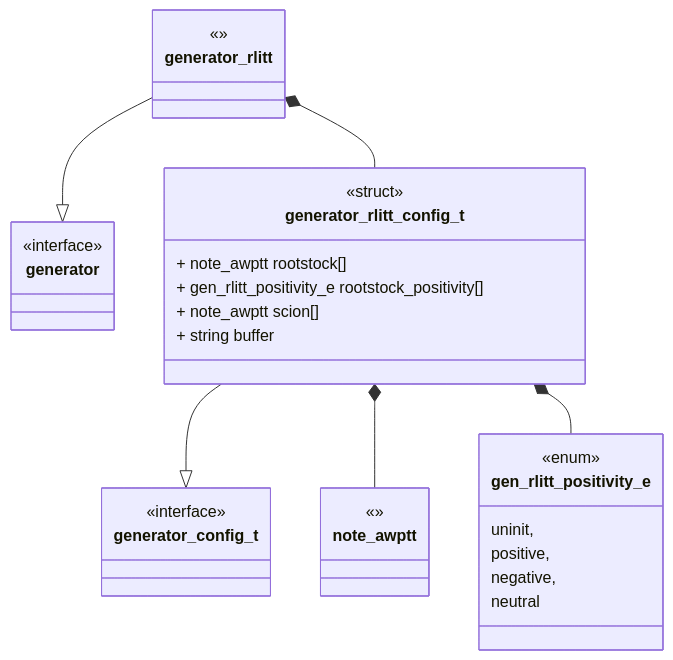
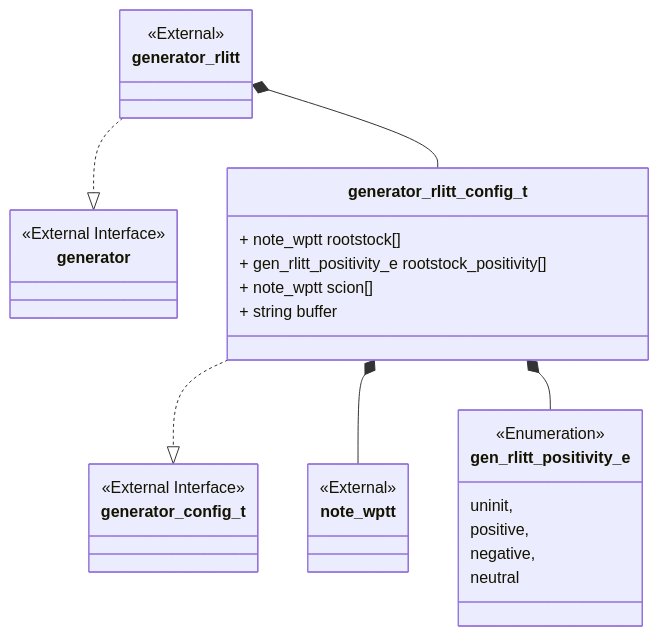
One commit to Joecstarr/thesis changed the first of 3 diagrams in sections/software/documentation/generators/arborescent.md. Above: the diagram before and after it, drawn with Mermaid. The commit also changed other lines of this file and 17 other files, not shown here.

Commit message:
Improve: Adds decorators for class diagrams. Adds two computations for arborescent generation.

````diff
--- a/sections/software/documentation/generators/arborescent.md
+++ b/sections/software/documentation/generators/arborescent.md
@@ -5,42 +8,42 @@
 ```mermaid
 classDiagram
-    generator_rlitt --|> generator
-    generator_rlitt_config_t --|> generator_config_t
-    generator_rlitt_config_t *-- note_awptt
+    generator_rlitt ..|> generator
+    generator_rlitt_config_t ..|> generator_config_t
+    generator_rlitt_config_t *-- note_wptt
     generator_rlitt_config_t *-- gen_rlitt_positivity_e
     generator_rlitt *-- generator_rlitt_config_t
 
     class generator {
-        <<interface>>
+        <<External Interface>>
     }
 
     class generator_rlitt {
-<<>>
+<<External>>
 }
 
 class gen_rlitt_positivity_e {
-    <<enum>>
+    <<Enumeration>>
     uninit,
     positive,
     negative,
     neutral
 }
 
 class generator_rlitt_config_t {
-<<struct>>
-+ note_awptt rootstock[]
+
++ note_wptt rootstock[]
 + gen_rlitt_positivity_e rootstock_positivity[]
-+ note_awptt scion[]
++ note_wptt scion[]
 + string buffer
 }
 
 class generator_config_t {
-<<interface>>
+<<External Interface>>
 
 }
 
-class note_awptt {
-<<>>
+class note_wptt {
+<<External>>
 }
 
 ```
````
